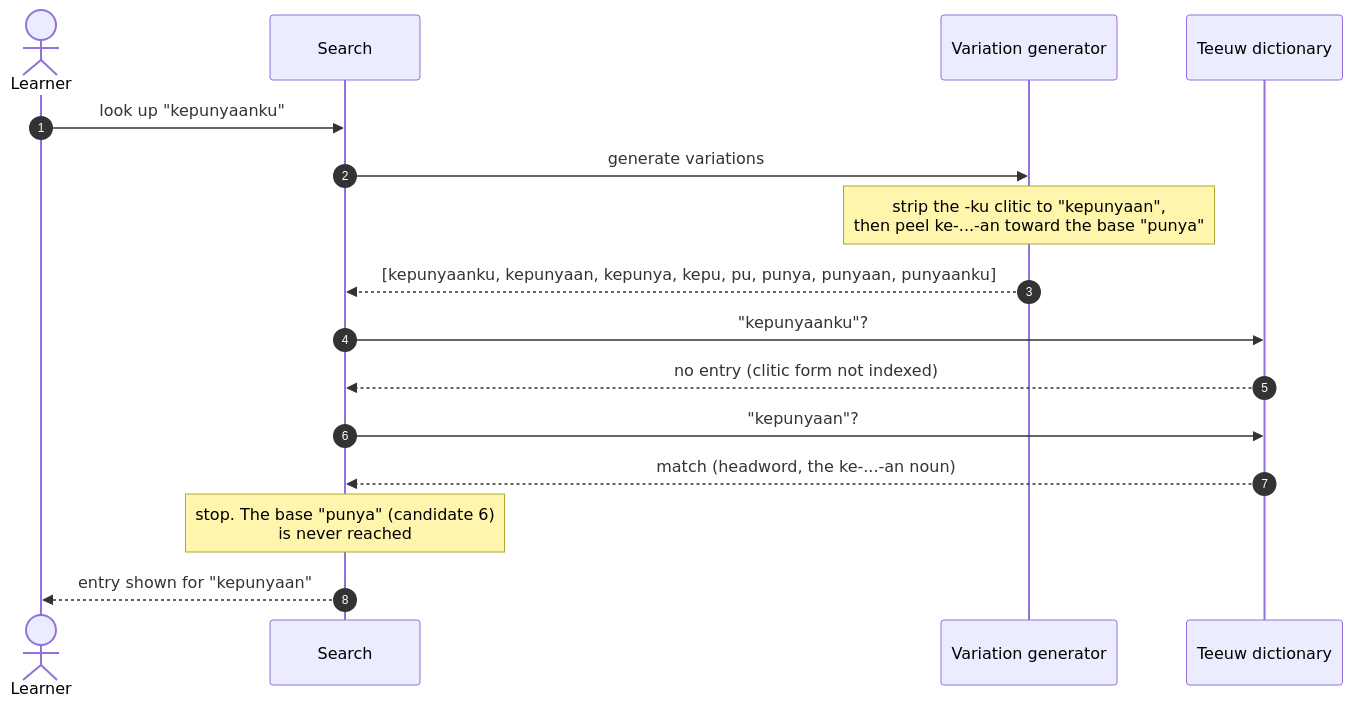
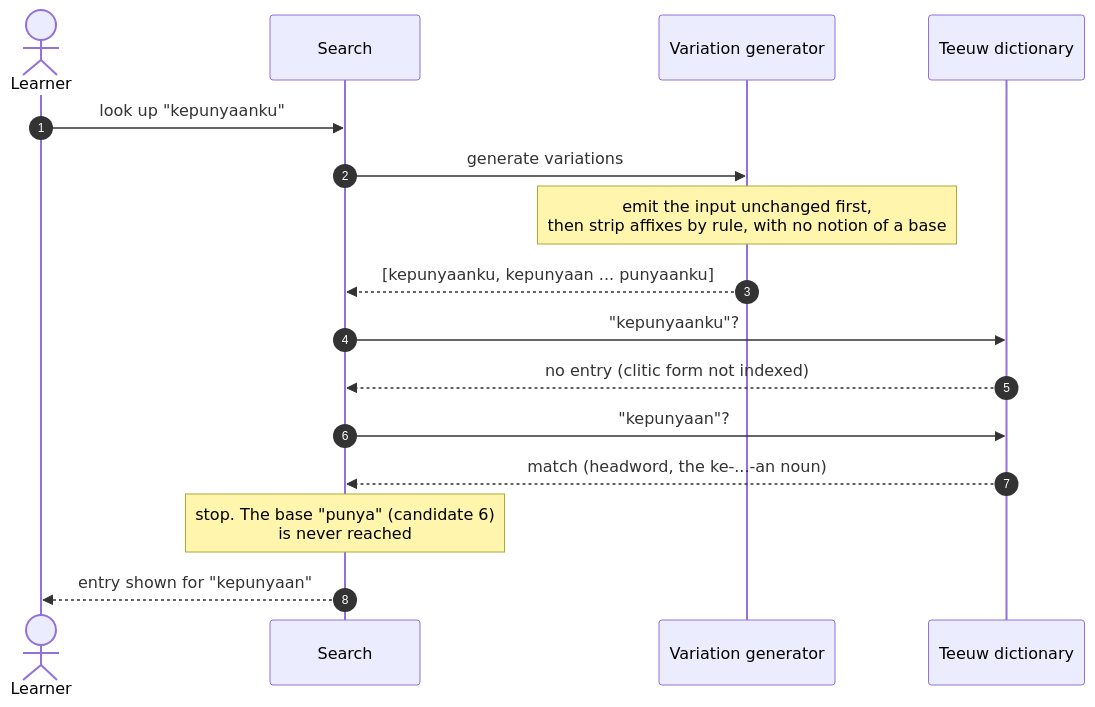
One commit to remarcmij/taalwiz-mono changed the second of 4 diagrams in apps/docs/docs/guide/how-search-works.md. Above: the diagram before and after it, drawn with Mermaid. The commit also changed other lines of this file, not shown here.

First line of the commit message:
docs: tighten the kepunyaanku example in the search-flow guide

````diff
--- a/apps/docs/docs/guide/how-search-works.md
+++ b/apps/docs/docs/guide/how-search-works.md
@@ -137,19 +142,19 @@
 ```mermaid
 sequenceDiagram
     autonumber
     actor U as Learner
     participant S as Search
     participant G as Variation generator
     participant D as Teeuw dictionary
 
     U->>S: look up "kepunyaanku"
     S->>G: generate variations
-    Note over G: strip the -ku clitic to "kepunyaan",<br/>then peel ke-...-an toward the base "punya"
-    G-->>S: [kepunyaanku, kepunyaan, kepunya, kepu, pu, punya, punyaan, punyaanku]
+    Note over G: emit the input unchanged first,<br/>then strip affixes by rule, with no notion of a base
+    G-->>S: [kepunyaanku, kepunyaan ... punyaanku]
     S->>D: "kepunyaanku"?
     D-->>S: no entry (clitic form not indexed)
     S->>D: "kepunyaan"?
     D-->>S: match (headword, the ke-...-an noun)
     Note over S: stop. The base "punya" (candidate 6)<br/>is never reached
     S-->>U: entry shown for "kepunyaan"
 ```
````
